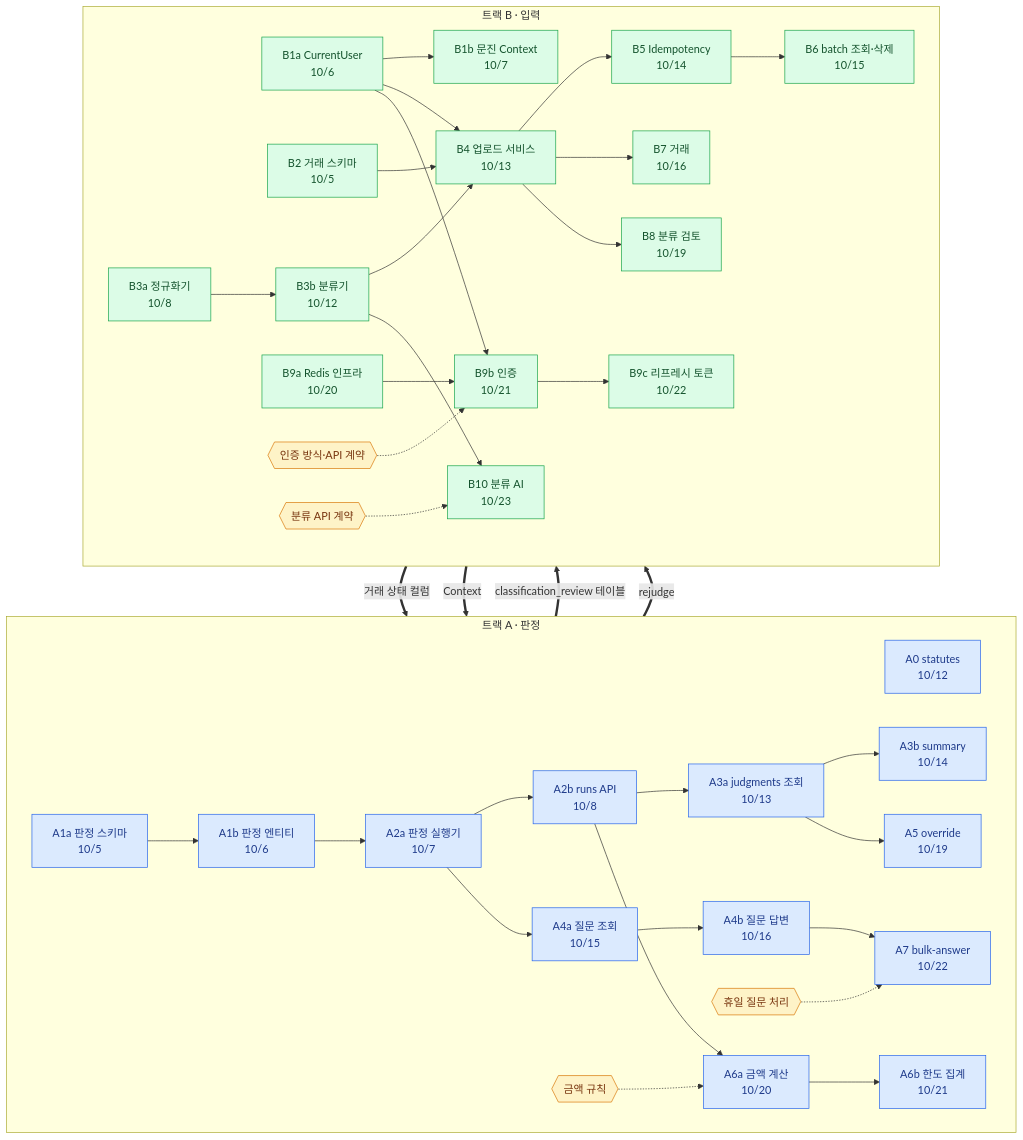
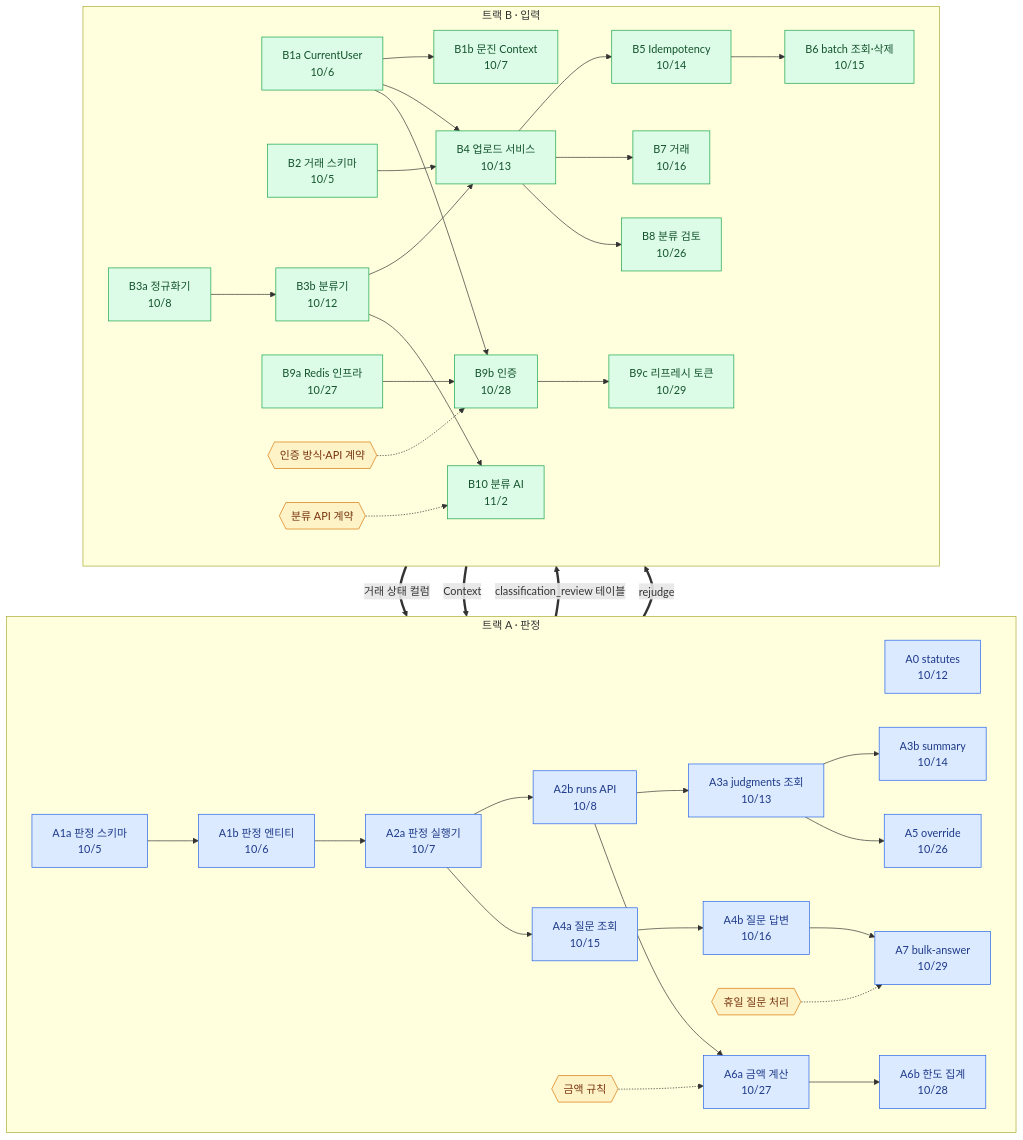
Before and after one commit to RainDrop3/ktc4-pusan-4: the second of 4 diagrams in docs/backend_api_plan.md, drawn with Mermaid. The commit also changed other lines of this file, not shown here.

````diff
--- a/docs/backend_api_plan.md
+++ b/docs/backend_api_plan.md
@@ -80,51 +84,51 @@
 ```mermaid
 flowchart TB
     subgraph TA["트랙 A · 판정"]
         direction LR
         A0["A0 statutes<br/>10/12"]
         A1a["A1a 판정 스키마<br/>10/5"] --> A1b["A1b 판정 엔티티<br/>10/6"]
         A1b --> A2a["A2a 판정 실행기<br/>10/7"]
         A2a --> A2b["A2b runs API<br/>10/8"]
         A2b --> A3a["A3a judgments 조회<br/>10/13"]
         A3a --> A3b["A3b summary<br/>10/14"]
-        A3a --> A5["A5 override<br/>10/19"]
+        A3a --> A5["A5 override<br/>10/26"]
         A2a --> A4a["A4a 질문 조회<br/>10/15"]
         A4a --> A4b["A4b 질문 답변<br/>10/16"]
-        A4b --> A7["A7 bulk-answer<br/>10/22"]
-        A2b --> A6a["A6a 금액 계산<br/>10/20"]
-        A6a --> A6b["A6b 한도 집계<br/>10/21"]
+        A4b --> A7["A7 bulk-answer<br/>10/29"]
+        A2b --> A6a["A6a 금액 계산<br/>10/27"]
+        A6a --> A6b["A6b 한도 집계<br/>10/28"]
         D2{{"금액 규칙"}} -.-> A6a
         D4{{"휴일 질문 처리"}} -.-> A7
     end
 
     subgraph TB["트랙 B · 입력"]
         direction LR
         B1a["B1a CurrentUser<br/>10/6"] --> B1b["B1b 문진 Context<br/>10/7"]
         B2["B2 거래 스키마<br/>10/5"] --> B4["B4 업로드 서비스<br/>10/13"]
         B1a --> B4
         B3a["B3a 정규화기<br/>10/8"] --> B3b["B3b 분류기<br/>10/12"]
         B3b --> B4
         B4 --> B5["B5 Idempotency<br/>10/14"]
         B5 --> B6["B6 batch 조회·삭제<br/>10/15"]
         B4 --> B7["B7 거래<br/>10/16"]
-        B4 --> B8["B8 분류 검토<br/>10/19"]
-        B9a["B9a Redis 인프라<br/>10/20"] --> B9b["B9b 인증<br/>10/21"]
+        B4 --> B8["B8 분류 검토<br/>10/26"]
+        B9a["B9a Redis 인프라<br/>10/27"] --> B9b["B9b 인증<br/>10/28"]
         B1a --> B9b
-        B9b --> B9c["B9c 리프레시 토큰<br/>10/22"]
-        B3b --> B10["B10 분류 AI<br/>10/23"]
+        B9b --> B9c["B9c 리프레시 토큰<br/>10/29"]
+        B3b --> B10["B10 분류 AI<br/>11/2"]
         D1{{"인증 방식·API 계약"}} -.-> B9b
         D3{{"분류 API 계약"}} -.-> B10
     end
 
     A1a ==>|classification_review 테이블| B4
     B2 ==>|거래 상태 컬럼| A2a
     B1b ==>|Context| A2b
     A2a ==>|rejudge| B8
 
     classDef trackA fill:#dbeafe,stroke:#2563eb,color:#1e3a8a
     classDef trackB fill:#dcfce7,stroke:#16a34a,color:#14532d
     classDef decision fill:#fef3c7,stroke:#d97706,color:#78350f
     class A0,A1a,A1b,A2a,A2b,A3a,A3b,A4a,A4b,A5,A6a,A6b,A7 trackA
     class B1a,B1b,B2,B3a,B3b,B4,B5,B6,B7,B8,B9a,B9b,B9c,B10 trackB
     class D1,D2,D3,D4 decision
 ```
````
